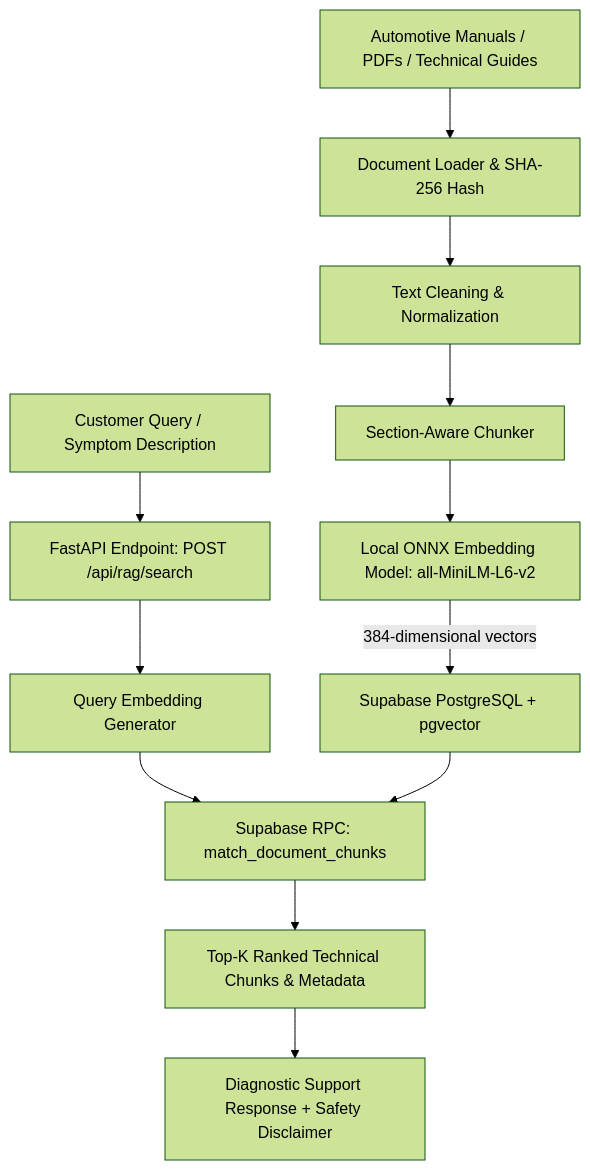
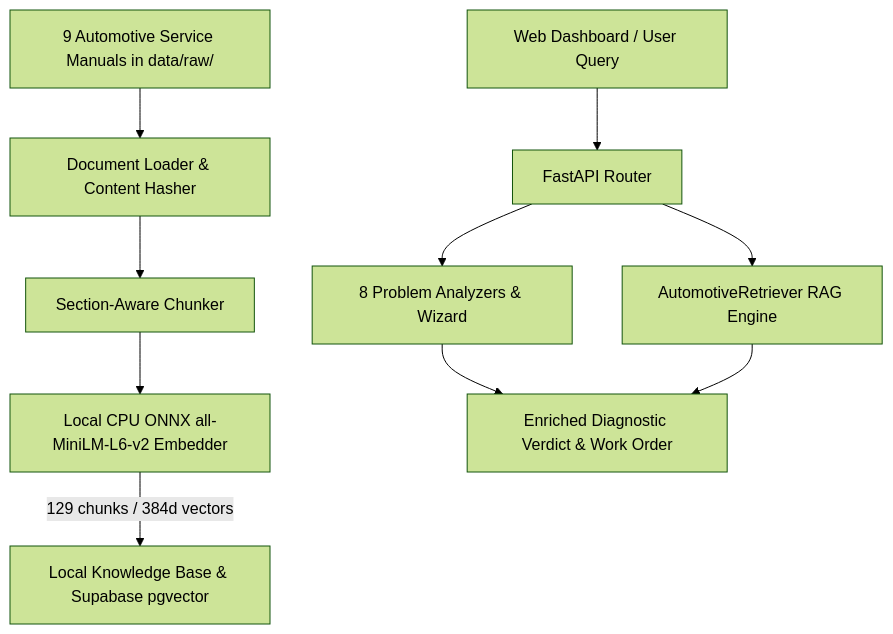
The diagram in README.md (anasahamed97/Autoassist-AI), drawn with Mermaid (forest theme) before and after one commit. The commit also changed other lines of this file and 31 other files, not shown here.

Commit message:
Add full deployable web platform, 8 subsystem problem analyzers, and INR cost benchmarks

````diff
--- a/README.md
+++ b/README.md
@@ -16,15 +57,13 @@
 ```mermaid
 graph TD
-    A[Automotive Manuals / PDFs / Technical Guides] --> B[Document Loader & SHA-256 Hash]
-    B --> C[Text Cleaning & Normalization]
-    C --> D[Section-Aware Chunker]
-    D --> E[Local ONNX Embedding Model: all-MiniLM-L6-v2]
-    E -->|384-dimensional vectors| F[Supabase PostgreSQL + pgvector]
-    
-    G[Customer Query / Symptom Description] --> H[FastAPI Endpoint: POST /api/rag/search]
-    H --> I[Query Embedding Generator]
-    I --> J[Supabase RPC: match_document_chunks]
-    F --> J
-    J --> K[Top-K Ranked Technical Chunks & Metadata]
-    K --> L[Diagnostic Support Response + Safety Disclaimer]
+    A[9 Automotive Service Manuals in data/raw/] --> B[Document Loader & Content Hasher]
+    B --> C[Section-Aware Chunker]
+    C --> D[Local CPU ONNX all-MiniLM-L6-v2 Embedder]
+    D -->|129 chunks / 384d vectors| E[Local Knowledge Base & Supabase pgvector]
+
+    F[Web Dashboard / User Query] --> G[FastAPI Router]
+    G --> H[8 Problem Analyzers & Wizard]
+    G --> I[AutomotiveRetriever RAG Engine]
+    H --> J[Enriched Diagnostic Verdict & Work Order]
+    I --> J
 ```
````
